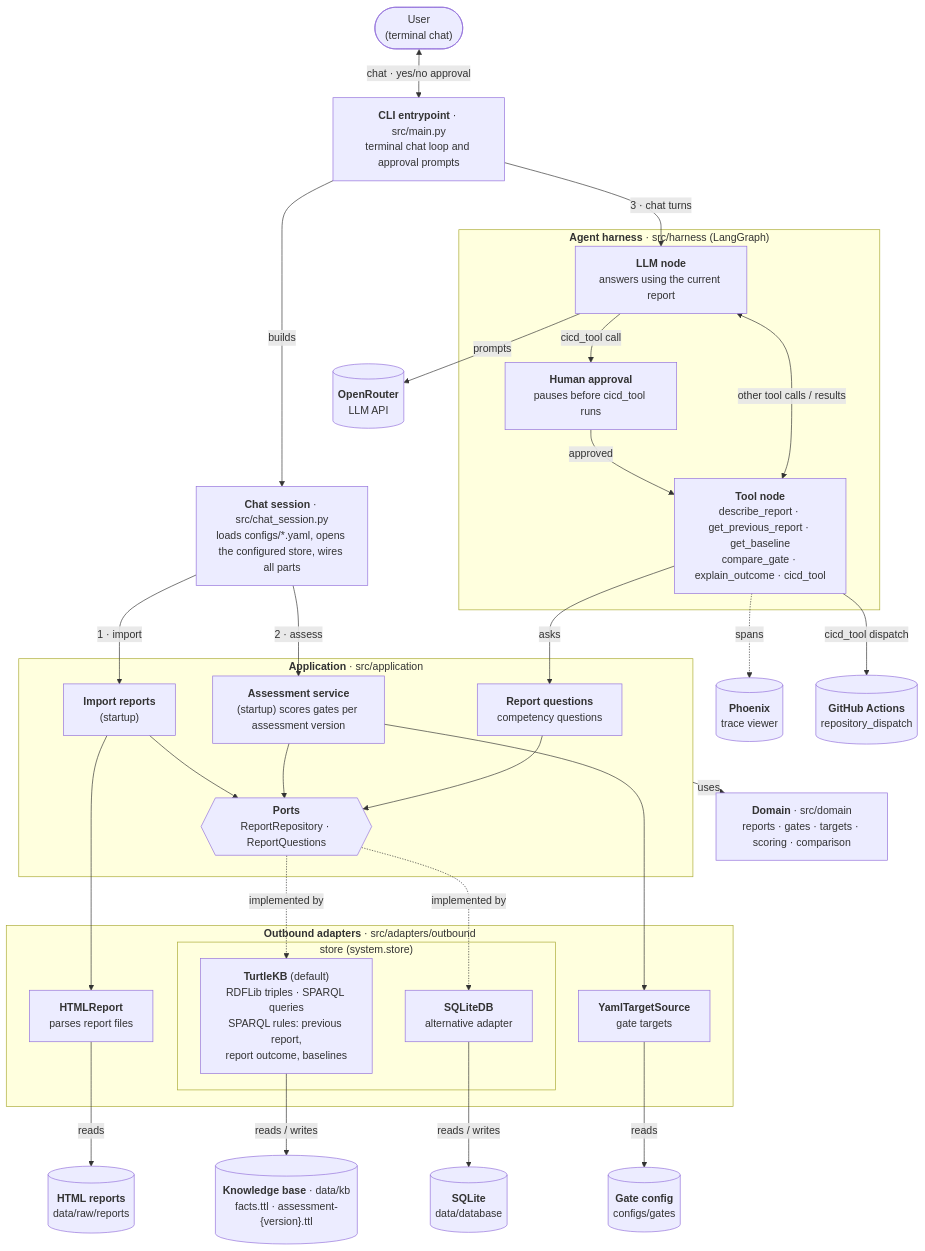
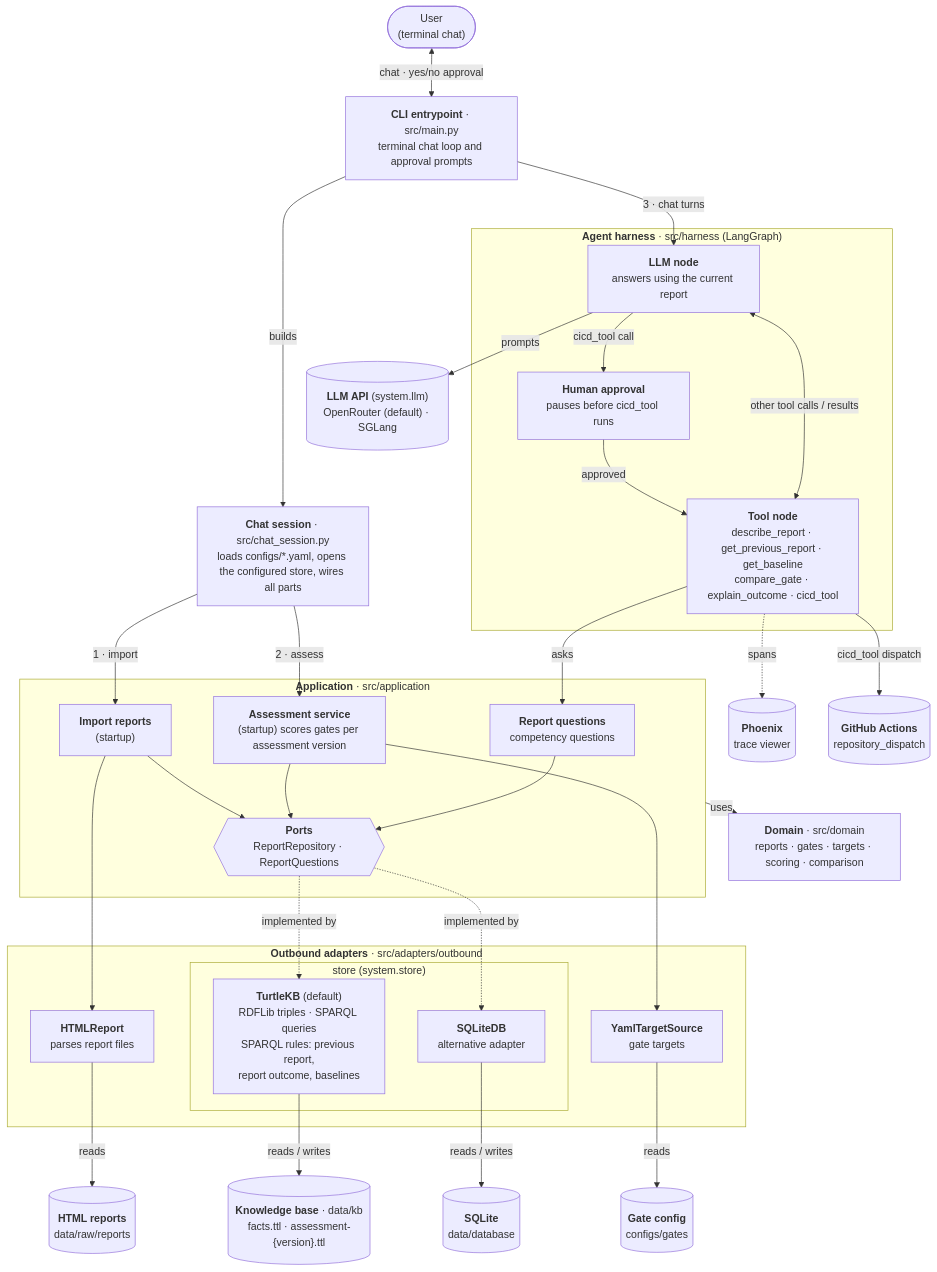
The diagram in README.md (ZHAW-InIT-SoftwareEngineering/release-compass), drawn with Mermaid before and after one commit. The commit also changed other lines of this file and 10 other files, not shown here.

````diff
--- a/README.md
+++ b/README.md
@@ -26,62 +26,62 @@
 ```mermaid
 flowchart TB
     user(["User<br/>(terminal chat)"])
     main["<b>CLI entrypoint</b> · src/main.py<br/>terminal chat loop and approval prompts"]
     session["<b>Chat session</b> · src/chat_session.py<br/>loads configs/*.yaml, opens the configured store, wires all parts"]
 
     subgraph harness["<b>Agent harness</b> · src/harness (LangGraph)"]
         llm["<b>LLM node</b><br/>answers using the current report"]
         approval["<b>Human approval</b><br/>pauses before cicd_tool runs"]
         tools["<b>Tool node</b><br/>describe_report · get_previous_report · get_baseline<br/>compare_gate · explain_outcome · cicd_tool"]
         llm -- "cicd_tool call" --> approval
         approval -- "approved" --> tools
         llm <-- "other tool calls / results" --> tools
     end
 
-    openrouter[("<b>OpenRouter</b><br/>LLM API")]
+    openrouter[("<b>LLM API</b> (system.llm)<br/>OpenRouter (default) · SGLang")]
     phoenix[("<b>Phoenix</b><br/>trace viewer")]
     github[("<b>GitHub Actions</b><br/>repository_dispatch")]
 
     subgraph app["<b>Application</b> · src/application"]
         importuc["<b>Import reports</b><br/>(startup)"]
         assess["<b>Assessment service</b><br/>(startup) scores gates per assessment version"]
         questions["<b>Report questions</b><br/>competency questions"]
         ports{{"<b>Ports</b><br/>ReportRepository · ReportQuestions"}}
     end
 
     domain["<b>Domain</b> · src/domain<br/>reports · gates · targets · scoring · comparison"]
 
     subgraph adapters["<b>Outbound adapters</b> · src/adapters/outbound"]
         html["<b>HTMLReport</b><br/>parses report files"]
         targetsrc["<b>YamlTargetSource</b><br/>gate targets"]
         subgraph store["store (system.store)"]
             kb["<b>TurtleKB</b> (default)<br/>RDFLib triples · SPARQL queries<br/>SPARQL rules: previous report,<br/>report outcome, baselines"]
             sqlite["<b>SQLiteDB</b><br/>alternative adapter"]
         end
     end
 
     rawdata[("<b>HTML reports</b><br/>data/raw/reports")]
     gatecfg[("<b>Gate config</b><br/>configs/gates")]
     kbfiles[("<b>Knowledge base</b> · data/kb<br/>facts.ttl · assessment-{version}.ttl")]
     db[("<b>SQLite</b><br/>data/database")]
 
     user <-- "chat · yes/no approval" --> main
     main -- "builds" --> session
     session -- "1 · import" --> importuc
     session -- "2 · assess" --> assess
     main -- "3 · chat turns" --> llm
     llm -- "prompts" --> openrouter
     tools -. "spans" .-> phoenix
     tools -- "asks" --> questions
     tools -- "cicd_tool dispatch" --> github
     app -- "uses" --> domain
     importuc --> html
     assess --> targetsrc
     importuc & assess & questions --> ports
     ports -. "implemented by" .-> kb
     ports -. "implemented by" .-> sqlite
     html -- "reads" --> rawdata
     targetsrc -- "reads" --> gatecfg
     kb -- "reads / writes" --> kbfiles
     sqlite -- "reads / writes" --> db
 ```
````
